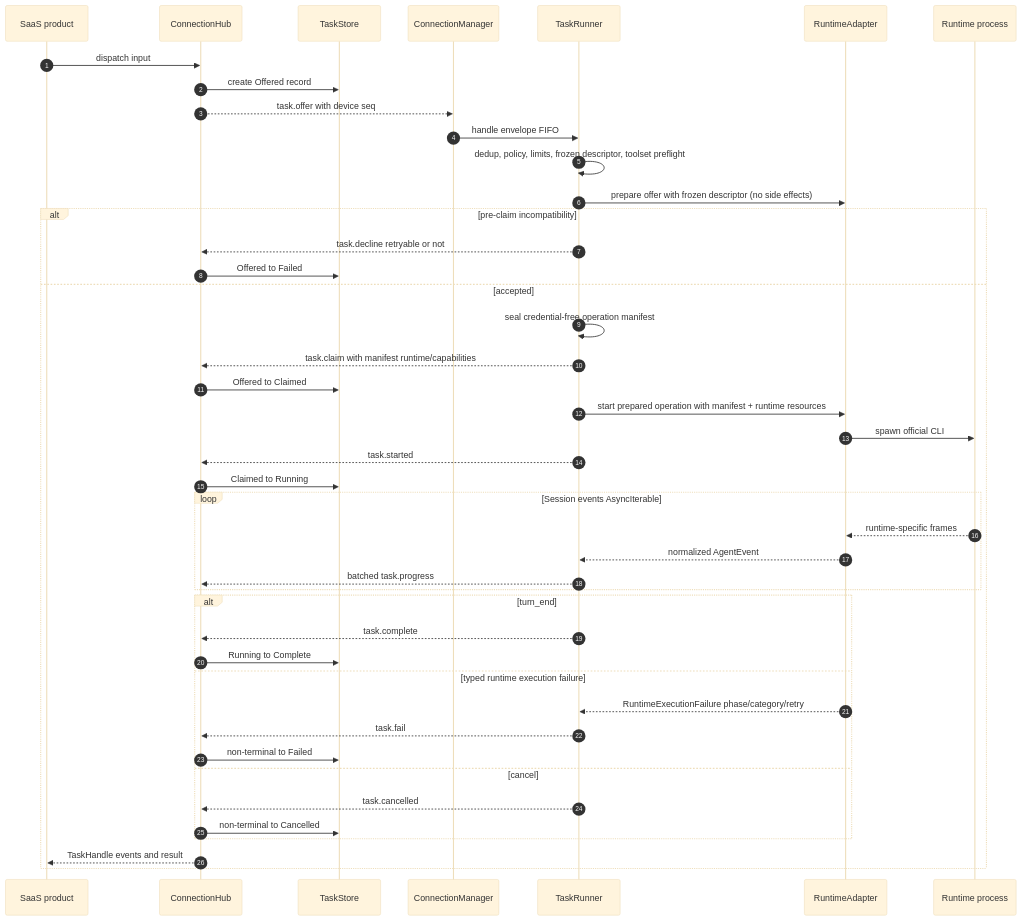
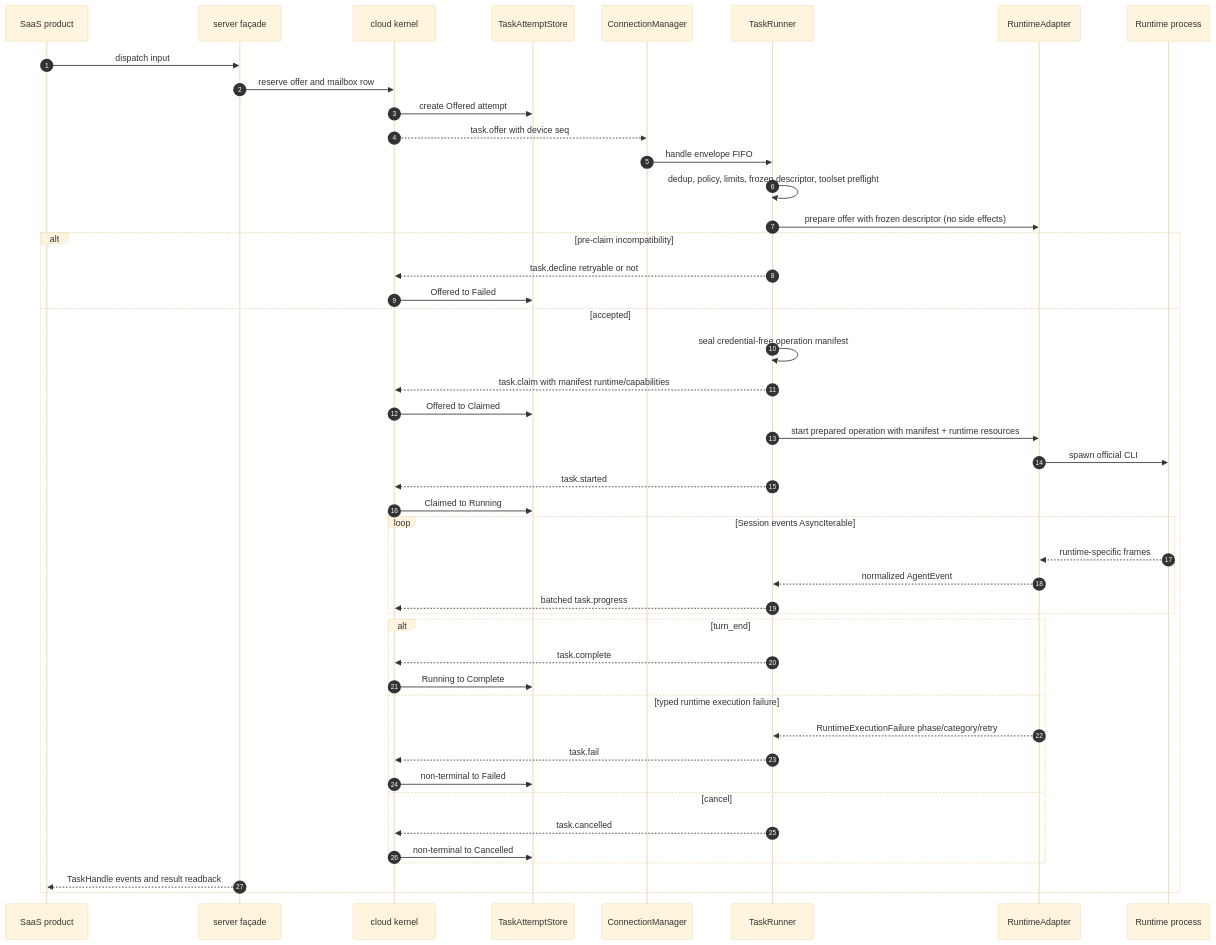
Diagram 12 of 23 in docs/architecture/sdk-architecture.md (Ancienttwo/byok-sdk), drawn with Mermaid (base theme) before and after one commit. The commit also changed other lines of this file and 10 other files, not shown here.

````diff
--- a/docs/architecture/sdk-architecture.md
+++ b/docs/architecture/sdk-architecture.md
@@ -783,47 +788,49 @@
 ```mermaid
 sequenceDiagram
   autonumber
   participant App as SaaS product
-  participant Hub as ConnectionHub
-  participant Store as TaskStore
+  participant Server as server façade
+  participant Cloud as cloud kernel
+  participant Store as TaskAttemptStore
   participant CM as ConnectionManager
   participant TR as TaskRunner
   participant AD as RuntimeAdapter
   participant Proc as Runtime process
 
-  App->>Hub: dispatch input
-  Hub->>Store: create Offered record
-  Hub-->>CM: task.offer with device seq
+  App->>Server: dispatch input
+  Server->>Cloud: reserve offer and mailbox row
+  Cloud->>Store: create Offered attempt
+  Cloud-->>CM: task.offer with device seq
   CM->>TR: handle envelope FIFO
   TR->>TR: dedup, policy, limits, frozen descriptor, toolset preflight
   TR->>AD: prepare offer with frozen descriptor (no side effects)
   alt pre-claim incompatibility
-    TR-->>Hub: task.decline retryable or not
-    Hub->>Store: Offered to Failed
+    TR-->>Cloud: task.decline retryable or not
+    Cloud->>Store: Offered to Failed
   else accepted
     TR->>TR: seal credential-free operation manifest
-    TR-->>Hub: task.claim with manifest runtime/capabilities
-    Hub->>Store: Offered to Claimed
+    TR-->>Cloud: task.claim with manifest runtime/capabilities
+    Cloud->>Store: Offered to Claimed
     TR->>AD: start prepared operation with manifest + runtime resources
     AD->>Proc: spawn official CLI
-    TR-->>Hub: task.started
-    Hub->>Store: Claimed to Running
+    TR-->>Cloud: task.started
+    Cloud->>Store: Claimed to Running
     loop Session events AsyncIterable
       Proc-->>AD: runtime-specific frames
       AD-->>TR: normalized AgentEvent
-      TR-->>Hub: batched task.progress
+      TR-->>Cloud: batched task.progress
     end
     alt turn_end
-      TR-->>Hub: task.complete
-      Hub->>Store: Running to Complete
+      TR-->>Cloud: task.complete
+      Cloud->>Store: Running to Complete
     else typed runtime execution failure
       AD-->>TR: RuntimeExecutionFailure phase/category/retry
-      TR-->>Hub: task.fail
-      Hub->>Store: non-terminal to Failed
+      TR-->>Cloud: task.fail
+      Cloud->>Store: non-terminal to Failed
     else cancel
-      TR-->>Hub: task.cancelled
-      Hub->>Store: non-terminal to Cancelled
+      TR-->>Cloud: task.cancelled
+      Cloud->>Store: non-terminal to Cancelled
     end
-    Hub-->>App: TaskHandle events and result
+    Server-->>App: TaskHandle events and result readback
   end
 ```
````
